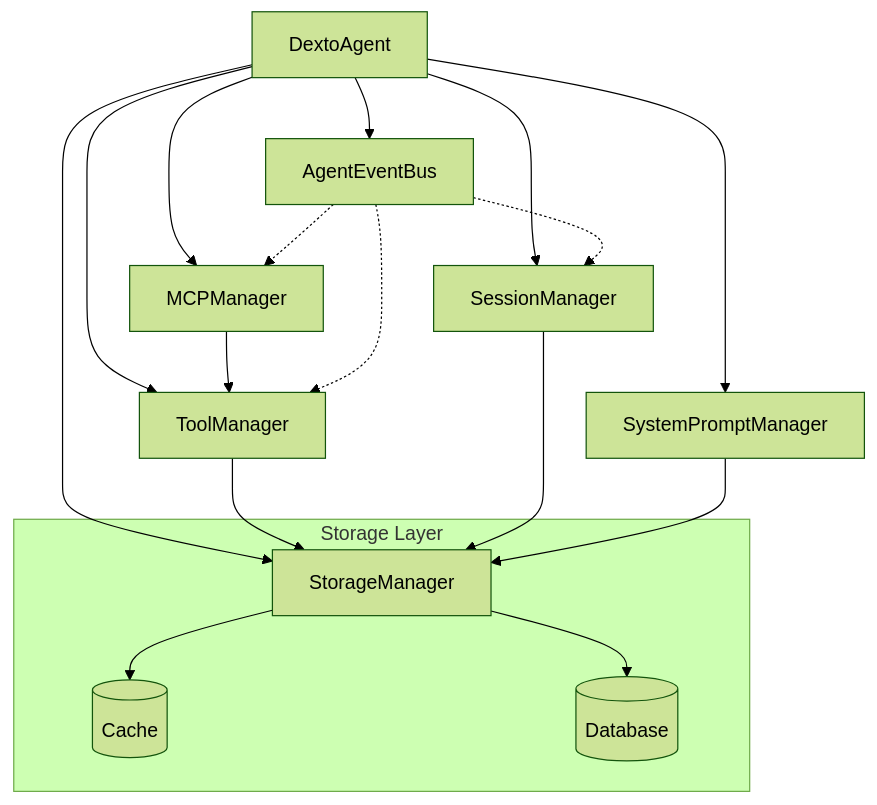
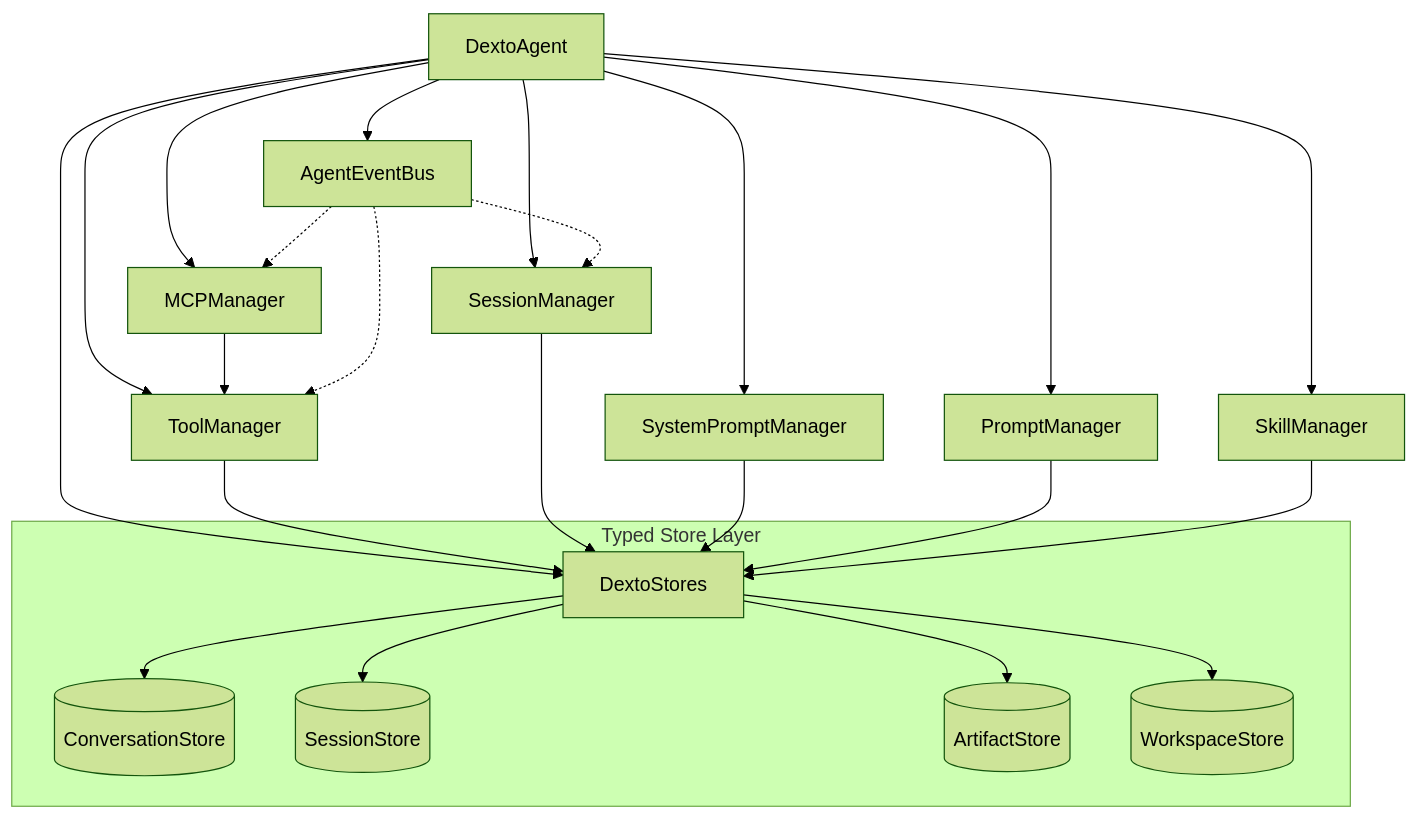
Before and after one commit to truffle-ai/dexto: the diagram in docs/docs/architecture/services.md, drawn with Mermaid (forest theme). The commit also changed other lines of this file and 395 other files, not shown here.

First line of the commit message:
Rebuild runtime storage, skills, and turn execution architecture (#796)

````diff
--- a/docs/docs/architecture/services.md
+++ b/docs/docs/architecture/services.md
@@ -22,27 +24,35 @@
 ```mermaid
 graph TB
     DA[DextoAgent] --> SM[SessionManager]
     DA --> MM[MCPManager]
     DA --> TM[ToolManager]
     DA --> SPM[SystemPromptManager]
-    DA --> STM[StorageManager]
+    DA --> PM[PromptManager]
+    DA --> SK[SkillManager]
+    DA --> DS[DextoStores]
     DA --> AEB[AgentEventBus]
 
     MM --> TM
-    TM --> STM
-    SM --> STM
-    SPM --> STM
+    TM --> DS
+    SM --> DS
+    SPM --> DS
+    PM --> DS
+    SK --> DS
+
+    subgraph "Typed Store Layer"
+        DS
+        Conversation[(ConversationStore)]
+        Sessions[(SessionStore)]
+        Artifacts[(ArtifactStore)]
+        Workspaces[(WorkspaceStore)]
+    end
+
+    DS --> Conversation
+    DS --> Sessions
+    DS --> Artifacts
+    DS --> Workspaces
 
     AEB -.-> SM
     AEB -.-> MM
     AEB -.-> TM
-
-    subgraph "Storage Layer"
-        STM
-        Cache[(Cache)]
-        DB[(Database)]
-    end
-
-    STM --> Cache
-    STM --> DB
 ```
````
